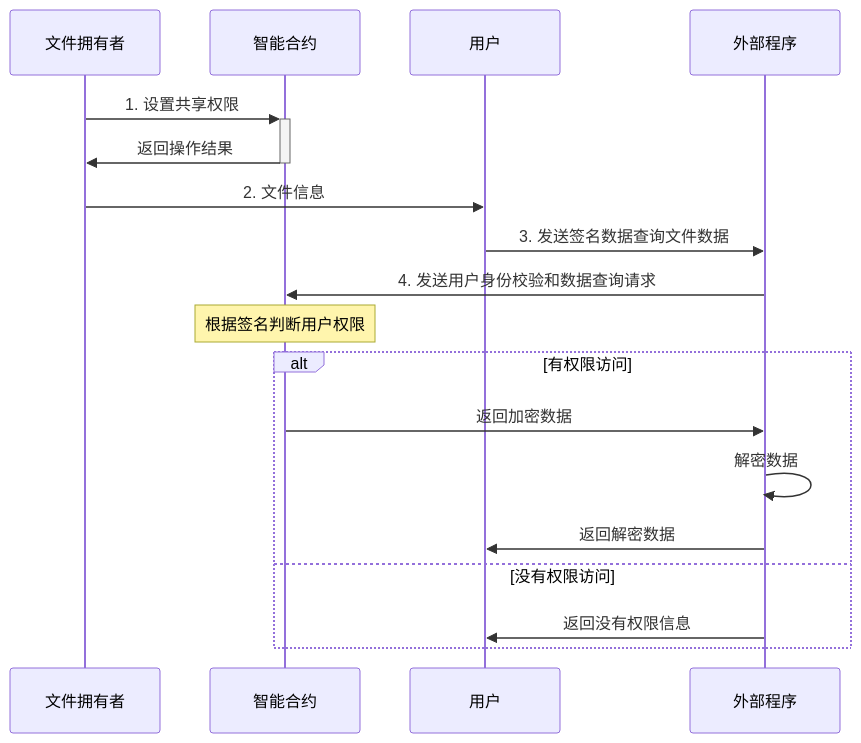
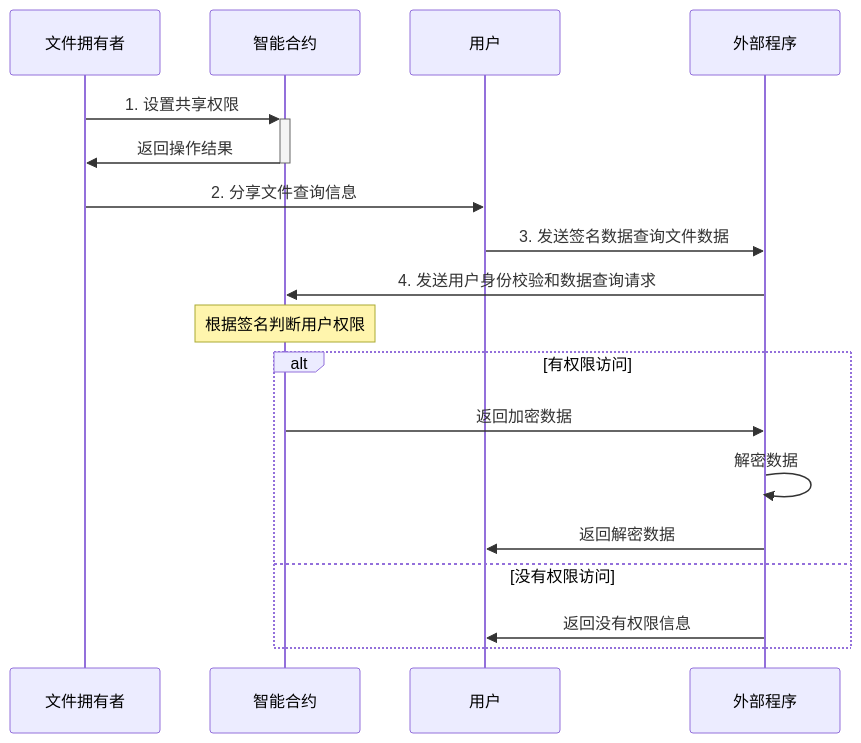
The fifth of 5 diagrams in doc/合约存取共享.md (MoyunRz/store-data), drawn with Mermaid before and after one commit. The commit also changed other lines of this file, not shown here.

Commit message:
修改流程图解释

````diff
--- a/doc/合约存取共享.md
+++ b/doc/合约存取共享.md
@@ -100,21 +101,21 @@
 ```mermaid
 sequenceDiagram
     participant A as 文件拥有者
     participant B as 智能合约
     participant C as 用户
     participant D as 外部程序
 
     A->>+B: 1. 设置共享权限
     B->>-A: 返回操作结果
-    A->>C: 2. 文件信息
+    A->>C: 2. 分享文件查询信息
     C->>D: 3. 发送签名数据查询文件数据
     D->>B: 4. 发送用户身份校验和数据查询请求
     Note over B: 根据签名判断用户权限
     alt 有权限访问
         B->>D: 返回加密数据
         D->>D: 解密数据
         D->>C: 返回解密数据
     else 没有权限访问
         D->>C: 返回没有权限信息
     end
 ```
````
